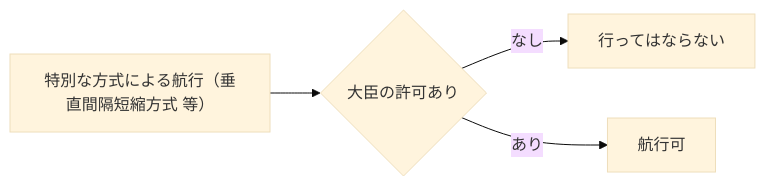
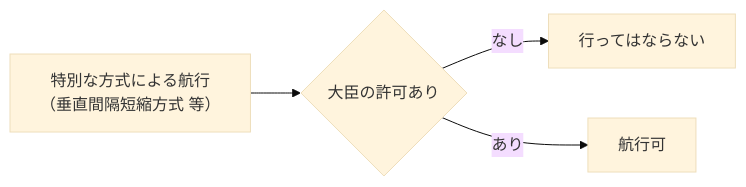
One commit to yonemotoBB/pil changed diagram 16 of 30 in chapters/06_第六章.md. Above: the diagram before and after it, drawn with Mermaid (base theme). The commit also changed other lines of this file, not shown here.

````diff
--- a/chapters/06_第六章.md
+++ b/chapters/06_第六章.md
@@ -949,6 +949,6 @@
 ```mermaid
 flowchart LR
-    a["特別な方式による航行（垂直間隔短縮方式 等）"] --> q{"大臣の許可あり"}
+    a["特別な方式による航行<br>（垂直間隔短縮方式 等）"] --> q{"大臣の許可あり"}
     q -->|なし| ng["行ってはならない"]
     q -->|あり| ok["航行可"]
 ```
````
